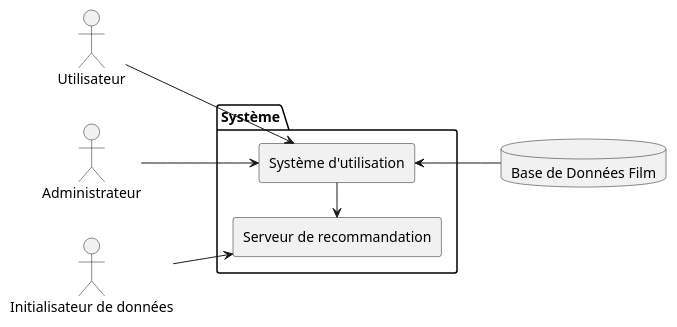
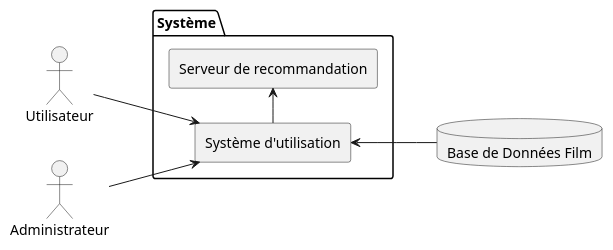
One commit to LeVraisPeg/backlog-repo changed the diagram in UML/diag_actor/diag_actor.puml. Above: the diagram before and after it, drawn with PlantUML. The commit also changed 1 other file, not shown here.

```diff
--- a/UML/diag_actor/diag_actor.puml
+++ b/UML/diag_actor/diag_actor.puml
@@ -1,23 +1,22 @@
 @startuml
 left to right direction
 package "Système" {
 
 
 rectangle "Système d'utilisation" as GD
 rectangle "Serveur de recommandation" as SR
 
 }
 
 actor Utilisateur as User
 
 database "Base de Données Film" as DB
 
 actor Administrateur as Admin
-actor "Initialisateur de données" as Init
+
 
 User-->GD
 GD<--DB
 Admin --> GD
-Init--> SR
 GD->SR
 @enduml
```
